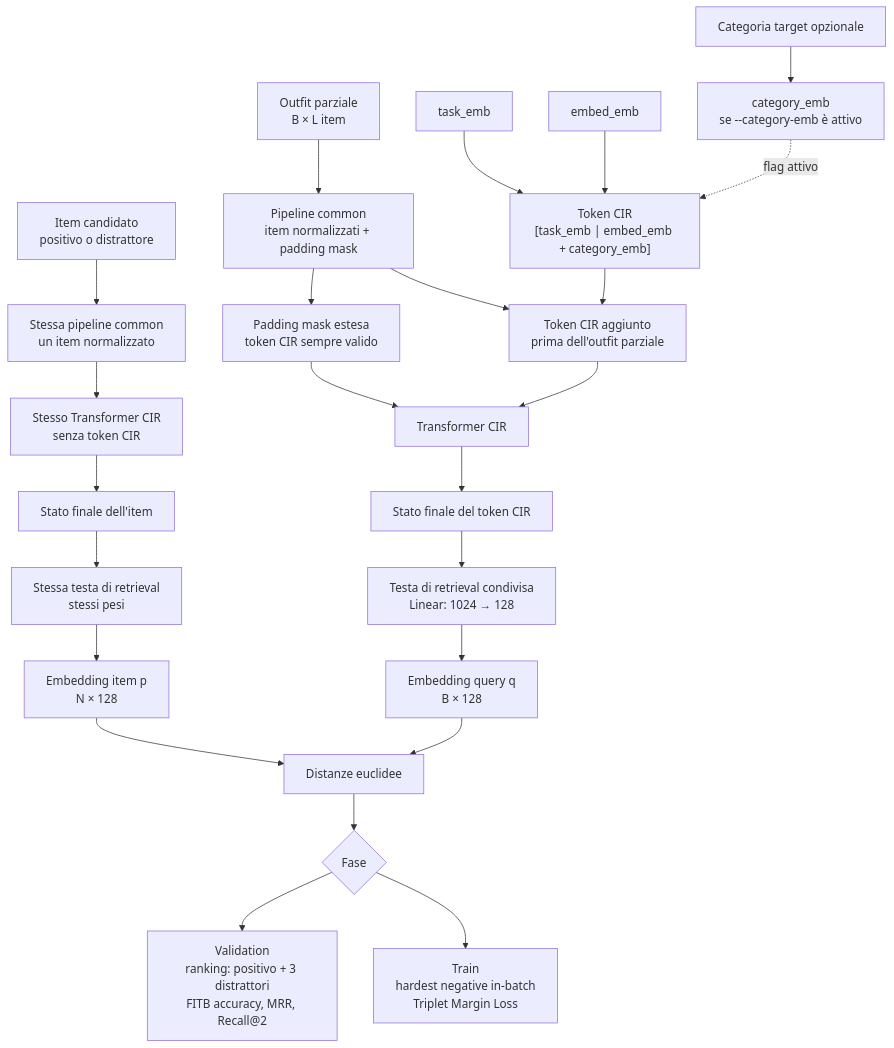
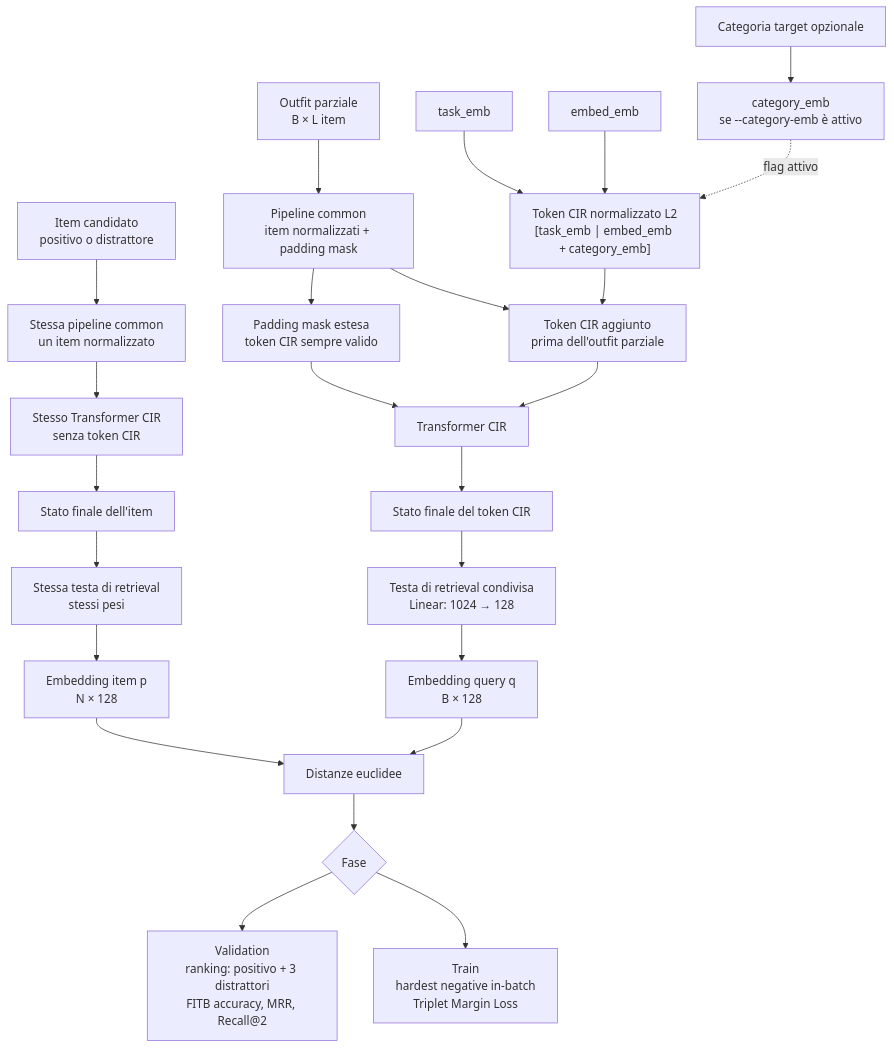
One commit to FlorindoDev/OutfitTransformer changed the diagram in training/CIR/README.md. Above: the diagram before and after it, drawn with Mermaid. The commit also changed other lines of this file and 12 other files, not shown here.

Commit message:
feat(refacotr): - rimozione layer norm in piu - normalizzazione token CIR e CP - caricamento di tutti i pesi del CP nel allenamento del CIR

````diff
--- a/training/CIR/README.md
+++ b/training/CIR/README.md
@@ -63,56 +63,56 @@
 ```mermaid
 flowchart TD
     PARTIAL["Outfit parziale<br/>B × L item"]
     TARGET["Categoria target opzionale"]
     ITEM["Item candidato<br/>positivo o distrattore"]
 
     COMMON_QUERY["Pipeline common<br/>item normalizzati + padding mask"]
     COMMON_ITEM["Stessa pipeline common<br/>un item normalizzato"]
 
     TASK["task_emb"]
     EMBED["embed_emb"]
     CATEGORY["category_emb<br/>se --category-emb è attivo"]
-    TOKEN["Token CIR<br/>[task_emb | embed_emb + category_emb]"]
+    TOKEN["Token CIR normalizzato L2<br/>[task_emb | embed_emb + category_emb]"]
     QUERY_INPUT["Token CIR aggiunto<br/>prima dell'outfit parziale"]
     MASK["Padding mask estesa<br/>token CIR sempre valido"]
 
     CIR_QUERY["Transformer CIR"]
     CIR_ITEM["Stesso Transformer CIR<br/>senza token CIR"]
     QUERY_STATE["Stato finale del token CIR"]
     ITEM_STATE["Stato finale dell'item"]
     QUERY_HEAD["Testa di retrieval condivisa<br/>Linear: 1024 → 128"]
     ITEM_HEAD["Stessa testa di retrieval<br/>stessi pesi"]
     QUERY_VECTOR["Embedding query q<br/>B × 128"]
     ITEM_VECTOR["Embedding item p<br/>N × 128"]
 
     DISTANCE["Distanze euclidee"]
     TRAIN{"Fase"}
     TRIPLET["Train<br/>hardest negative in-batch<br/>Triplet Margin Loss"]
     FITB["Validation<br/>ranking: positivo + 3 distrattori<br/>FITB accuracy, MRR, Recall@2"]
 
     PARTIAL --> COMMON_QUERY
     COMMON_QUERY --> QUERY_INPUT
     COMMON_QUERY --> MASK
     TASK --> TOKEN
     EMBED --> TOKEN
     TARGET --> CATEGORY
     CATEGORY -. flag attivo .-> TOKEN
     TOKEN --> QUERY_INPUT
     QUERY_INPUT --> CIR_QUERY
     MASK --> CIR_QUERY
     CIR_QUERY --> QUERY_STATE
     QUERY_STATE --> QUERY_HEAD
     QUERY_HEAD --> QUERY_VECTOR
 
     ITEM --> COMMON_ITEM
     COMMON_ITEM --> CIR_ITEM
     CIR_ITEM --> ITEM_STATE
     ITEM_STATE --> ITEM_HEAD
     ITEM_HEAD --> ITEM_VECTOR
 
     QUERY_VECTOR --> DISTANCE
     ITEM_VECTOR --> DISTANCE
     DISTANCE --> TRAIN
     TRAIN --> TRIPLET
     TRAIN --> FITB
 ```
````
